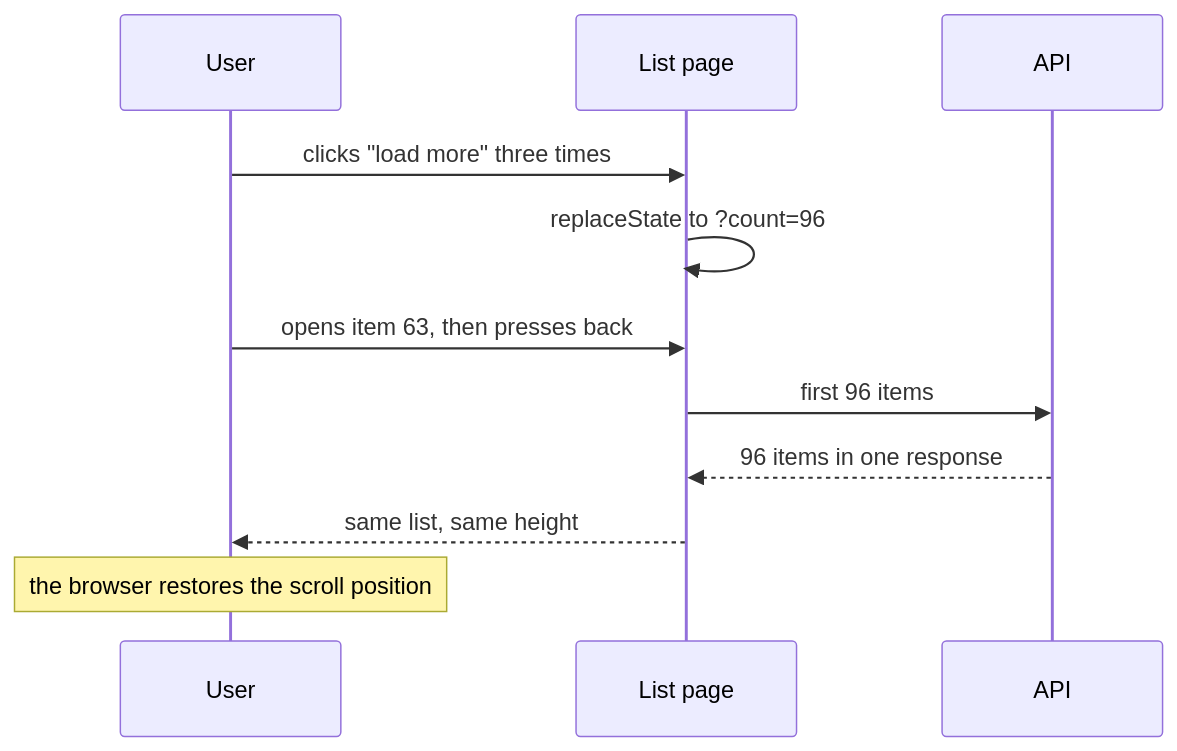
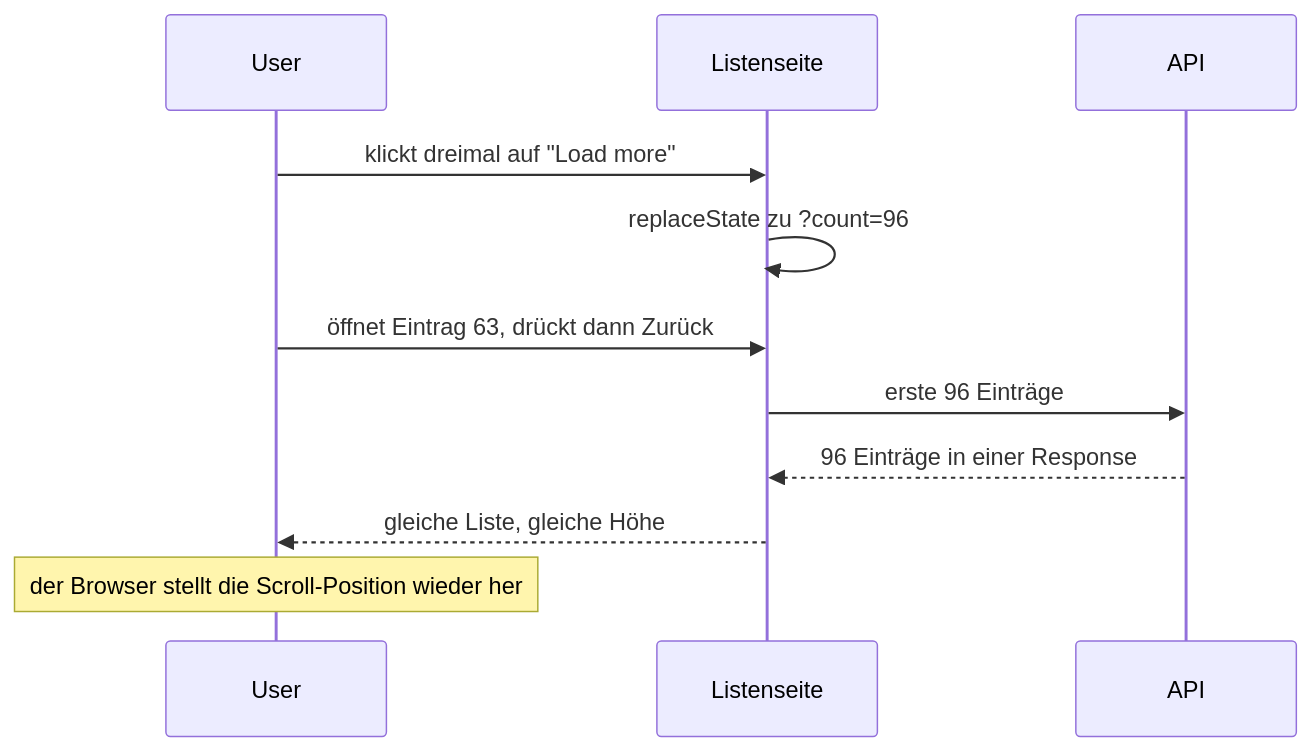
Before and after one commit to christiansany/cas-fee-26-frontend-challenges: the sixth of 6 diagrams in topics/lists-and-pagination/README.md, drawn with Mermaid. The commit also changed other lines of this file and 15 other files, not shown here.

First line of the commit message:
Rework GraphQL vs REST and translate the topics to German

````diff
--- a/topics/lists-and-pagination/README.md
+++ b/topics/lists-and-pagination/README.md
@@ -261,13 +265,13 @@
 ```mermaid
 sequenceDiagram
   participant U as User
-  participant P as List page
+  participant P as Listenseite
   participant A as API
-  U->>P: clicks "load more" three times
-  P->>P: replaceState to ?count=96
-  U->>P: opens item 63, then presses back
-  P->>A: first 96 items
-  A-->>P: 96 items in one response
-  P-->>U: same list, same height
-  Note over U: the browser restores the scroll position
+  U->>P: klickt dreimal auf "Load more"
+  P->>P: replaceState zu ?count=96
+  U->>P: öffnet Eintrag 63, drückt dann Zurück
+  P->>A: erste 96 Einträge
+  A-->>P: 96 Einträge in einer Response
+  P-->>U: gleiche Liste, gleiche Höhe
+  Note over U: der Browser stellt die Scroll-Position wieder her
 ```
````
